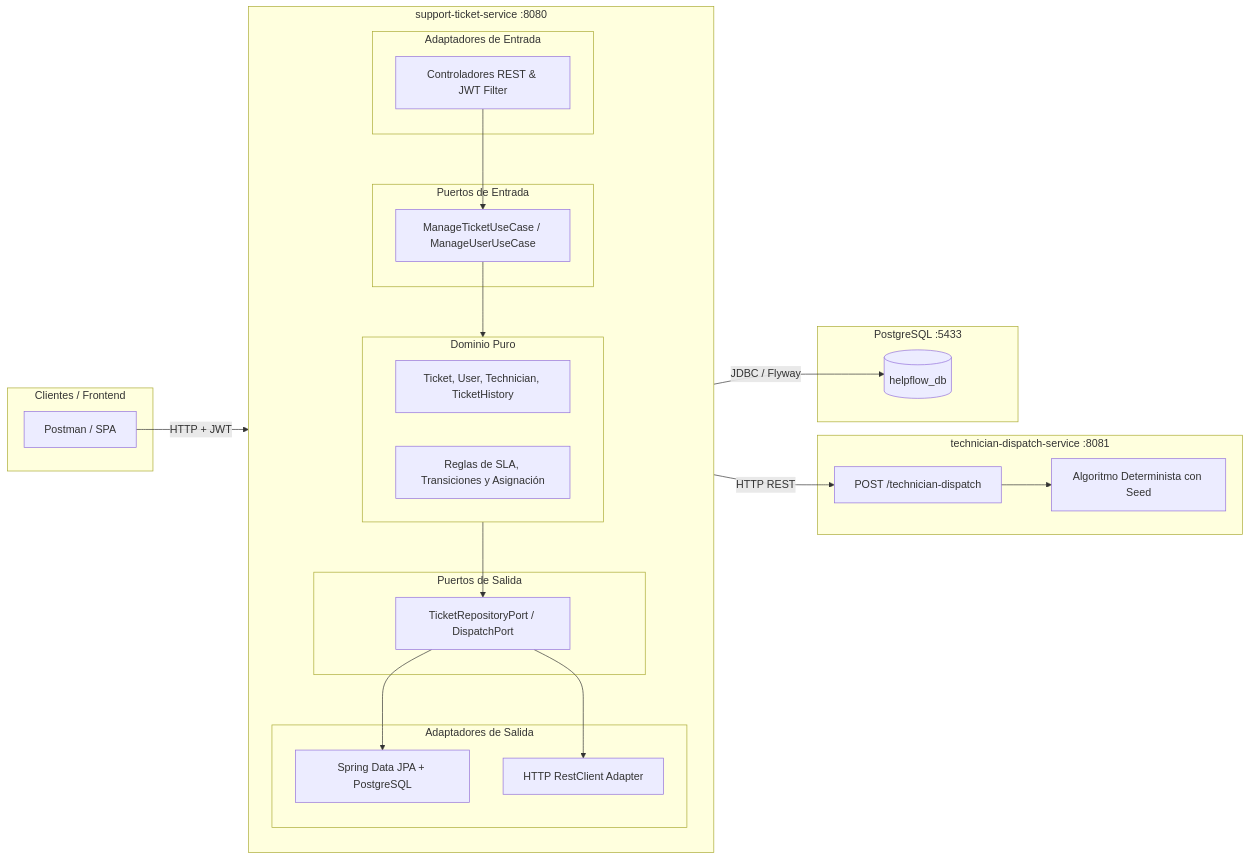
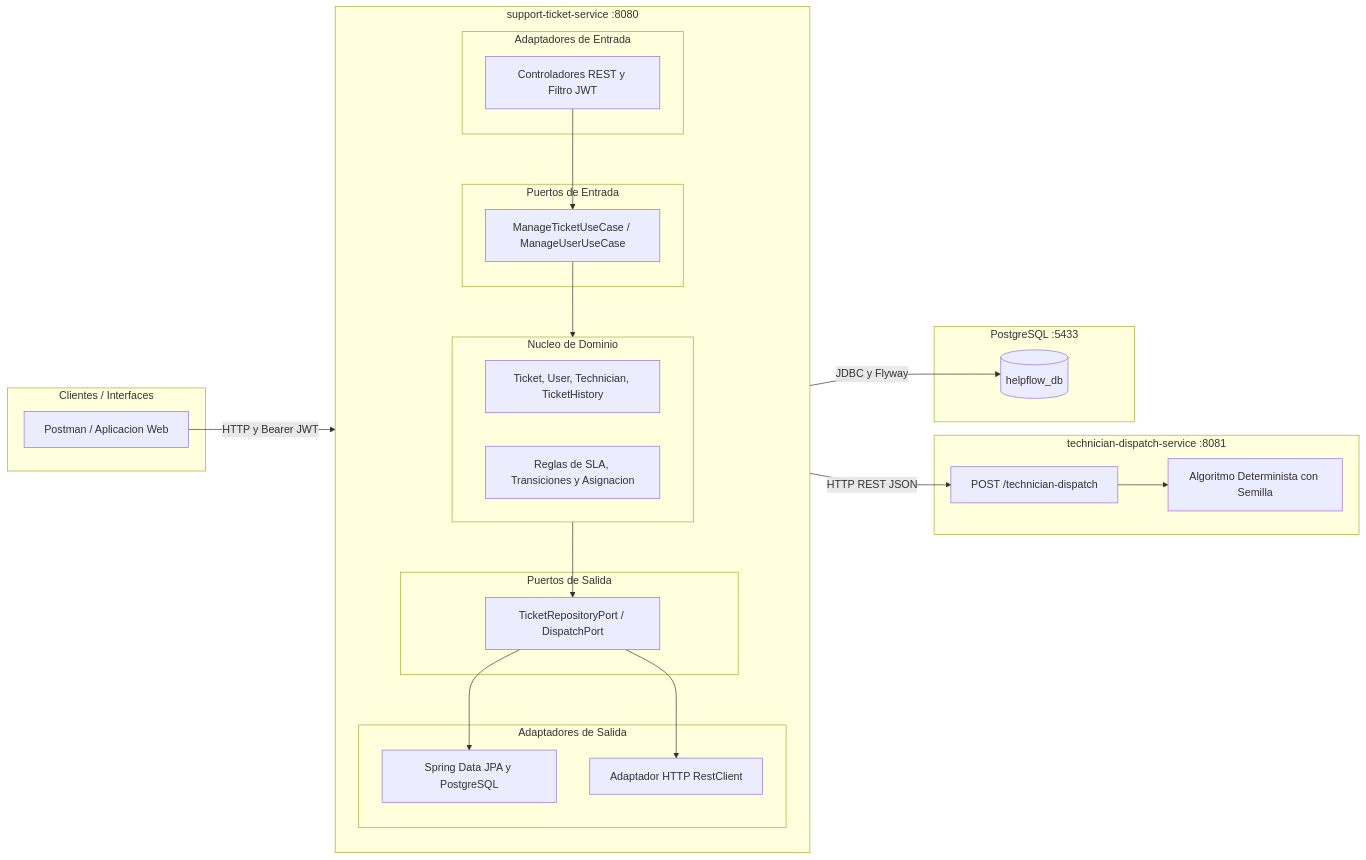
The first of 2 diagrams in README.md (YamitGC/helpflow), drawn with Mermaid before and after one commit. The commit also changed other lines of this file and 2 other files, not shown here.

First line of the commit message:
docs(core): update documentation and secure jwt environment configuration

````diff
--- a/README.md
+++ b/README.md
@@ -11,51 +28,51 @@
 ```mermaid
 flowchart LR
-    subgraph Cliente [Clientes / Frontend]
-        Postman[Postman / SPA]
+    subgraph Clientes [Clientes / Interfaces]
+        Postman[Postman / Aplicacion Web]
     end
 
     subgraph SupportService [support-ticket-service :8080]
         direction TB
         subgraph AdaptersIn [Adaptadores de Entrada]
-            REST[Controladores REST & JWT Filter]
+            REST[Controladores REST y Filtro JWT]
         end
 
         subgraph PortsIn [Puertos de Entrada]
             InputPorts[ManageTicketUseCase / ManageUserUseCase]
         end
 
-        subgraph CoreDomain [Dominio Puro]
+        subgraph CoreDomain [Nucleo de Dominio]
             DomainModel[Ticket, User, Technician, TicketHistory]
-            BusinessRules[Reglas de SLA, Transiciones y Asignación]
+            BusinessRules[Reglas de SLA, Transiciones y Asignacion]
         end
 
         subgraph PortsOut [Puertos de Salida]
             OutputPorts[TicketRepositoryPort / DispatchPort]
         end
 
         subgraph AdaptersOut [Adaptadores de Salida]
-            JPA[Spring Data JPA + PostgreSQL]
-            RestClient[HTTP RestClient Adapter]
+            JPA[Spring Data JPA y PostgreSQL]
+            RestClient[Adaptador HTTP RestClient]
         end
 
         REST --> InputPorts
         InputPorts --> CoreDomain
         CoreDomain --> OutputPorts
         OutputPorts --> JPA
         OutputPorts --> RestClient
     end
 
     subgraph DispatchService [technician-dispatch-service :8081]
         DispatchController[POST /technician-dispatch]
-        DispatchAlgo[Algoritmo Determinista con Seed]
+        DispatchAlgo[Algoritmo Determinista con Semilla]
     end
 
     subgraph Database [PostgreSQL :5433]
         DB[(helpflow_db)]
     end
 
-    Postman -->|HTTP + JWT| REST
-    RestClient -->|HTTP REST| DispatchController
+    Postman -->|HTTP y Bearer JWT| REST
+    RestClient -->|HTTP REST JSON| DispatchController
     DispatchController --> DispatchAlgo
-    JPA -->|JDBC / Flyway| DB
+    JPA -->|JDBC y Flyway| DB
 ```
````
